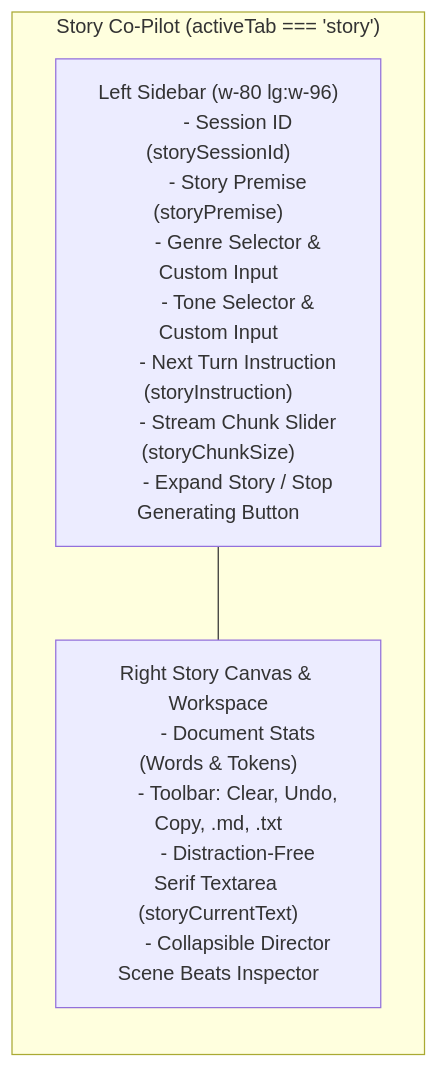
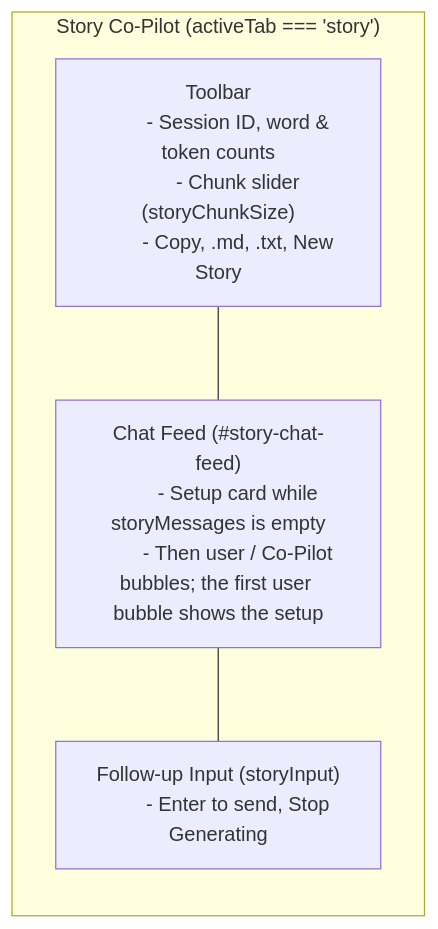
The third of 3 diagrams in .agents/skills/story-rp-frontend/references/ui-components-and-modes.md (tangcc35/slm-vlm-post-training), drawn with Mermaid before and after one commit. The commit also changed other lines of this file and 23 other files, not shown here.

````diff
--- a/.agents/skills/story-rp-frontend/references/ui-components-and-modes.md
+++ b/.agents/skills/story-rp-frontend/references/ui-components-and-modes.md
@@ -117,20 +117,16 @@
 ```mermaid
-flowchart LR
+flowchart TB
     subgraph StoryTab["Story Co-Pilot (activeTab === 'story')"]
         direction TB
-        Controls["Left Sidebar (w-80 lg:w-96)
-        - Session ID (storySessionId)
-        - Story Premise (storyPremise)
-        - Genre Selector & Custom Input
-        - Tone Selector & Custom Input
-        - Next Turn Instruction (storyInstruction)
-        - Stream Chunk Slider (storyChunkSize)
-        - Expand Story / Stop Generating Button"]
-        Canvas["Right Story Canvas & Workspace
-        - Document Stats (Words & Tokens)
-        - Toolbar: Clear, Undo, Copy, .md, .txt
-        - Distraction-Free Serif Textarea (storyCurrentText)
-        - Collapsible Director Scene Beats Inspector"]
-        Controls --- Canvas
+        Toolbar["Toolbar
+        - Session ID, word & token counts
+        - Chunk slider (storyChunkSize)
+        - Copy, .md, .txt, New Story"]
+        Feed["Chat Feed (#story-chat-feed)
+        - Setup card while storyMessages is empty
+        - Then user / Co-Pilot bubbles; the first user bubble shows the setup"]
+        Input["Follow-up Input (storyInput)
+        - Enter to send, Stop Generating"]
+        Toolbar --- Feed --- Input
     end
 ```
````
